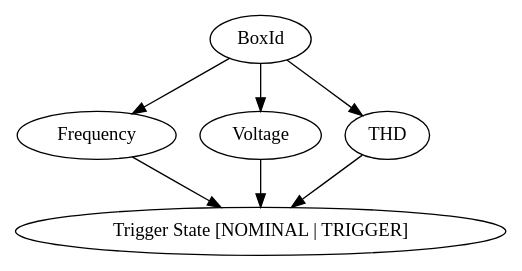
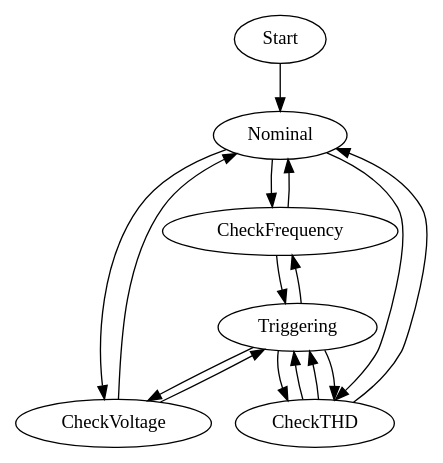
Before and after one commit to anthonyjchriste/dissertation: the diagram in src/figures/threshold_triggering.dot, drawn with Graphviz. The commit also changed 8 other files, not shown here.

```diff
--- a/src/figures/threshold_triggering.dot
+++ b/src/figures/threshold_triggering.dot
@@ -1,15 +1,41 @@
-digraph threhold_triggering {
-    BoxId
-    Frequency
-    Voltage
-    THD
-    TriggerState [label="Trigger State [NOMINAL | TRIGGER]"]
+//digraph threhold_triggering {
+//    BoxId
+//    Frequency
+//    Voltage
+//    THD
+//    TriggerState [label="Trigger State [NOMINAL | TRIGGER]"]
+//
+//    BoxId -> Frequency
+//    BoxId -> Voltage
+//    BoxId -> THD
+//
+//    Frequency -> TriggerState
+//    Voltage -> TriggerState
+//    THD -> TriggerState
+//}
 
-    BoxId -> Frequency
-    BoxId -> Voltage
-    BoxId -> THD
+digraph threshold_triggering {
+    Nominal
+    Triggering
+    CheckFrequency
+    CheckVoltage
+    CheckTHD
+    Start
 
-    Frequency -> TriggerState
-    Voltage -> TriggerState
-    THD -> TriggerState
+    Start -> Nominal
+
+    Nominal -> CheckFrequency -> Nominal
+    Nominal -> CheckVoltage -> Nominal
+    Nominal -> CheckTHD -> Nominal
+
+//    CheckFrequency -> Nominal -> CheckFrequency
+//    CheckVoltage -> Nominal
+//    CheckTHD -> Nominal
+//
+    CheckFrequency -> Triggering -> CheckFrequency
+    CheckVoltage -> Triggering -> CheckVoltage
+    CheckTHD -> Triggering -> CheckTHD
+    CheckTHD -> Triggering -> CheckTHD
+
+
 }
```
